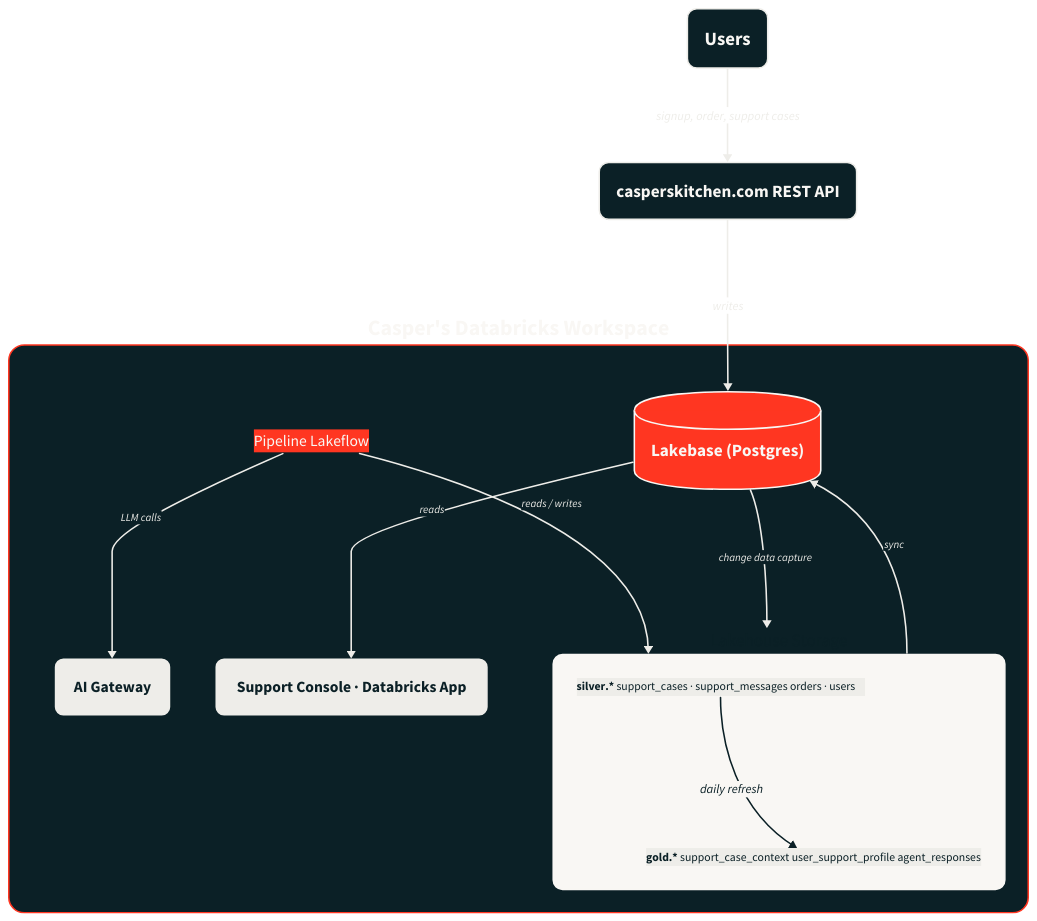
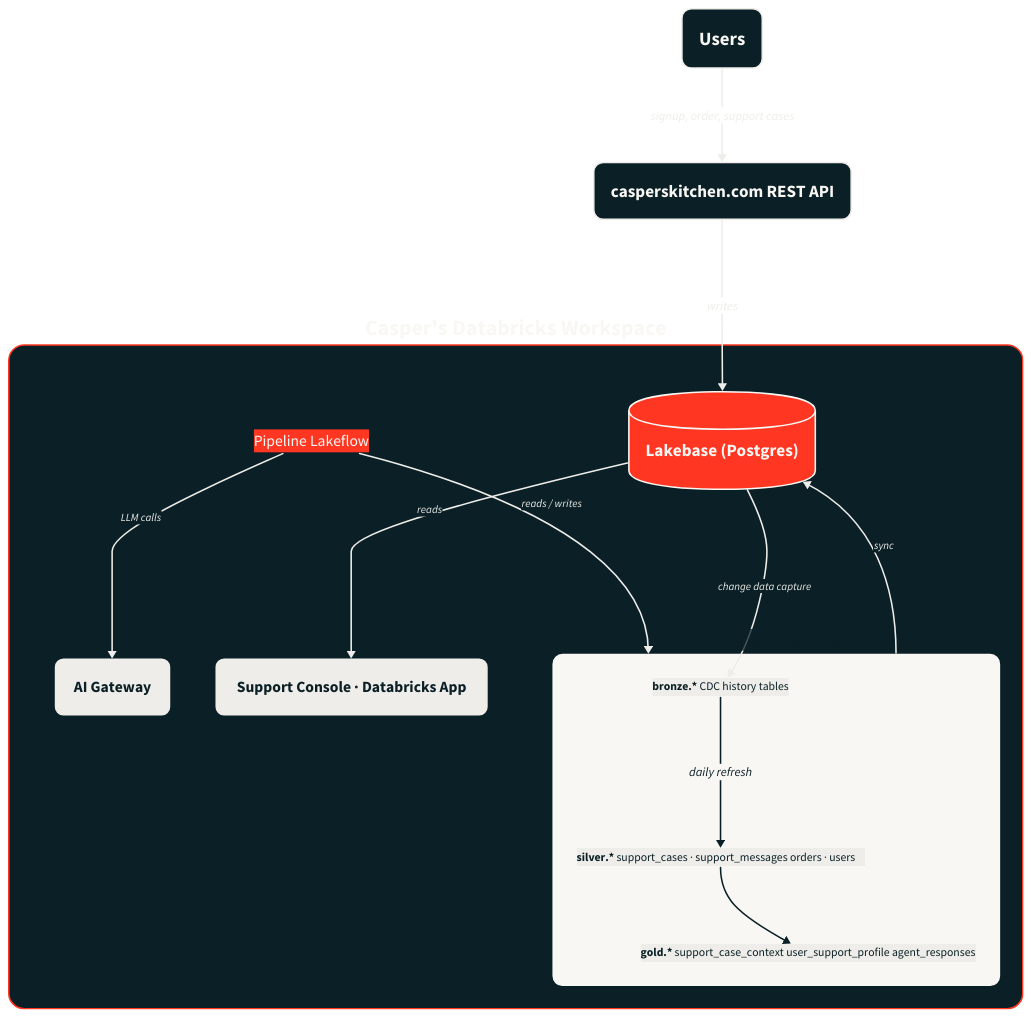
The diagram in docs/architecture.d2 (andrelandgraf/caspers-kitchen), drawn with D2 before and after one commit. The commit also changed 22 other files, not shown here.

First line of the commit message:
Update support console UI, support case viewer, and architecture diagram

```diff
--- a/docs/architecture.d2
+++ b/docs/architecture.d2
@@ -119,6 +119,20 @@
       font-color: "#0B2026"
     }
 
+    bronze: {
+      label: |md
+        **bronze.\***
+        CDC history tables
+      |
+      shape: page
+      style: {
+        font-size: 15
+        fill: "#EEEDE9"
+        stroke: "#0B2026"
+        font-color: "#0B2026"
+      }
+    }
+
     silver: {
       label: |md
         **silver.\***
@@ -150,7 +164,14 @@
       }
     }
 
-    silver -> gold: daily refresh {
+    bronze -> silver: daily refresh {
+      style: {
+        stroke: "#0B2026"
+        font-color: "#0B2026"
+      }
+    }
+
+    silver -> gold {
       style: {
         stroke: "#0B2026"
         font-color: "#0B2026"
@@ -174,7 +195,7 @@
     }
   }
 
-  core.lakebase -> lakehouse: change data capture {
+  core.lakebase -> lakehouse.bronze: change data capture {
     style: {
       font-size: 14
       stroke: "#EEEDE9"
```
